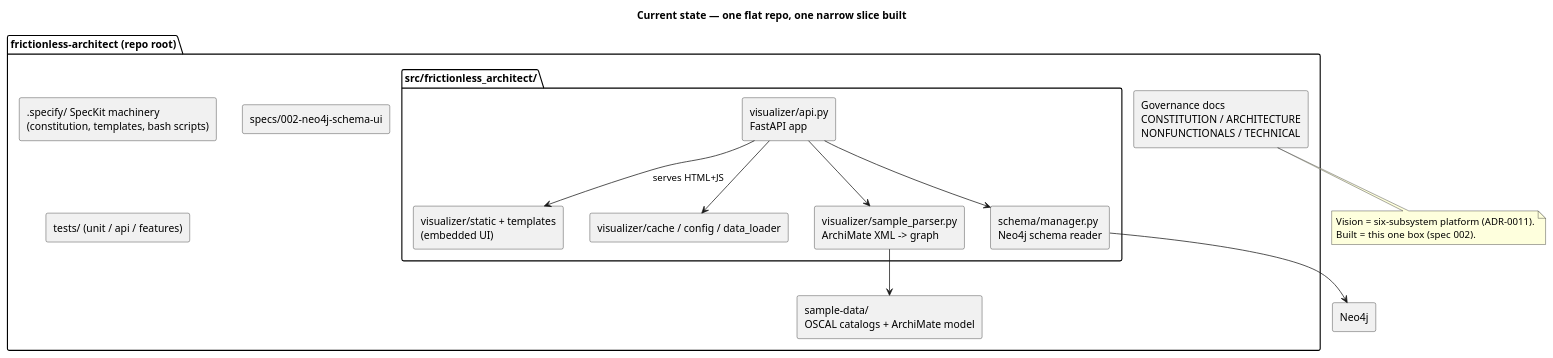
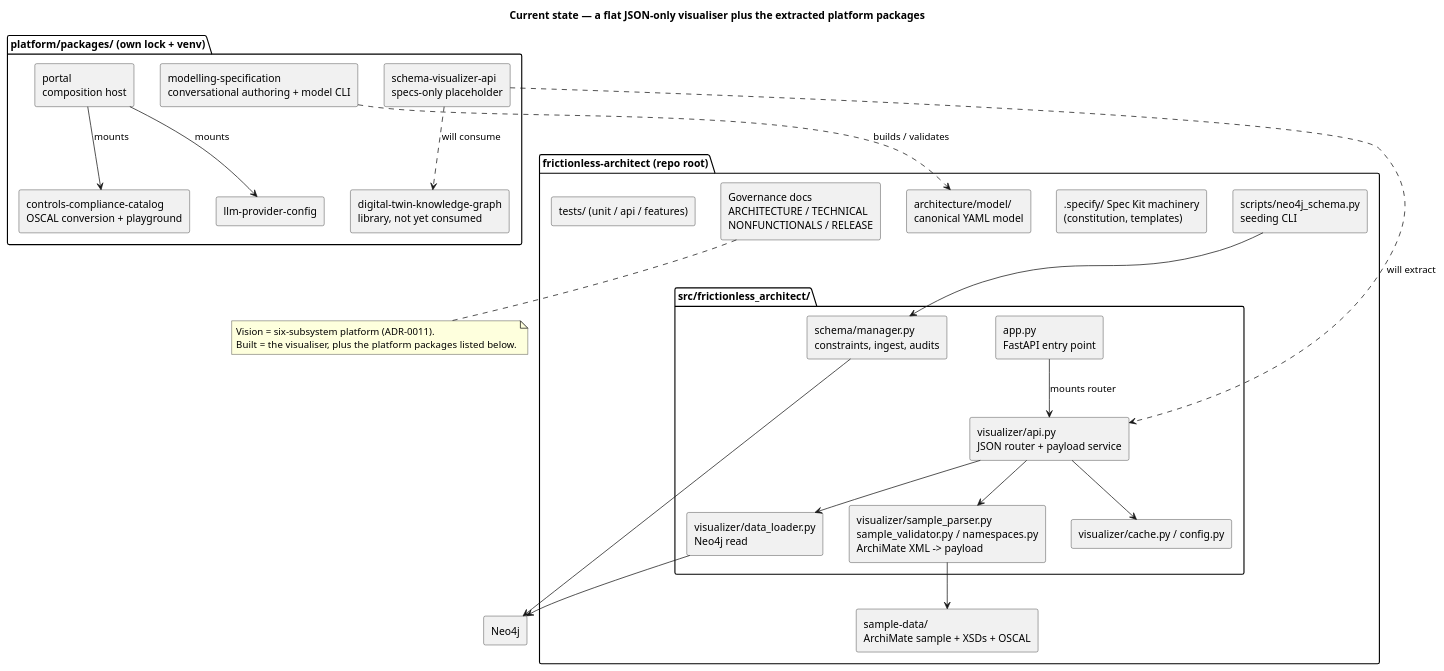
The first of 2 diagrams in ARCHITECTURE.md (wolffy-au/frictionless-architect), drawn with PlantUML before and after one commit. The commit also changed other lines of this file, not shown here.

Commit message:
docs(architecture): redraw current state and replace branch matrix
The section 2 diagram still showed the deleted HTML UI, a wrong
api-to-schema edge and the pre-re-homing spec path. Redraw it as the
JSON-only visualiser plus the platform packages, replace the stale
branch matrix with a table of what is built, and drop the HTML-removal
history from section 8.2.

````diff
--- a/ARCHITECTURE.md
+++ b/ARCHITECTURE.md
@@ -35,36 +35,55 @@
 ```plantuml
 @startuml
-title Current state — one flat repo, one narrow slice built
+title Current state — a flat JSON-only visualiser plus the extracted platform packages
 skinparam componentStyle rectangle
 
 package "frictionless-architect (repo root)" {
-  [Governance docs\nCONSTITUTION / ARCHITECTURE\nNONFUNCTIONALS / TECHNICAL] as docs
-  [.specify/ SpecKit machinery\n(constitution, templates, bash scripts)] as speckit
-  [specs/002-neo4j-schema-ui] as spec002
+  [Governance docs\nARCHITECTURE / TECHNICAL\nNONFUNCTIONALS / RELEASE] as docs
+  [.specify/ Spec Kit machinery\n(constitution, templates)] as speckit
+  [architecture/model/\ncanonical YAML model] as model
+  [scripts/neo4j_schema.py\nseeding CLI] as seedcli
 
   package "src/frictionless_architect/" {
-    [visualizer/api.py\nFastAPI app] as api
-    [visualizer/static + templates\n(embedded UI)] as ui
-    [visualizer/cache / config / data_loader] as vsupport
-    [visualizer/sample_parser.py\nArchiMate XML -> graph] as parser
-    [schema/manager.py\nNeo4j schema reader] as schema
+    [app.py\nFastAPI entry point] as app
+    [visualizer/api.py\nJSON router + payload service] as api
+    [visualizer/cache.py / config.py] as vsupport
+    [visualizer/data_loader.py\nNeo4j read] as loader
+    [visualizer/sample_parser.py\nsample_validator.py / namespaces.py\nArchiMate XML -> payload] as parser
+    [schema/manager.py\nconstraints, ingest, audits] as schema
   }
 
-  [sample-data/\nOSCAL catalogs + ArchiMate model] as sampledata
+  [sample-data/\nArchiMate sample + XSDs + OSCAL] as sampledata
   [tests/ (unit / api / features)] as tests
 }
 
+package "platform/packages/ (own lock + venv)" {
+  [controls-compliance-catalog\nOSCAL conversion + playground] as ccc
+  [modelling-specification\nconversational authoring + model CLI] as ms
+  [llm-provider-config] as llm
+  [portal\ncomposition host] as portal
+  [digital-twin-knowledge-graph\nlibrary, not yet consumed] as dtkg
+  [schema-visualizer-api\nspecs-only placeholder] as svapi
+}
+
 [Neo4j] as neo4j
-api --> ui : serves HTML+JS
+
+app --> api : mounts router
 api --> vsupport
-api --> schema
+api --> loader
+api --> parser
+loader --> neo4j
+parser --> sampledata
+seedcli --> schema
 schema --> neo4j
-api --> parser
-parser --> sampledata
+portal --> ccc : mounts
+portal --> llm : mounts
+ms ..> model : builds / validates
+svapi ..> api : will extract
+svapi ..> dtkg : will consume
 
 note bottom of docs
   Vision = six-subsystem platform (ADR-0011).
-  Built  = this one box (spec 002).
+  Built  = the visualiser, plus the platform packages listed below.
 end note
 @enduml
 ```
````
